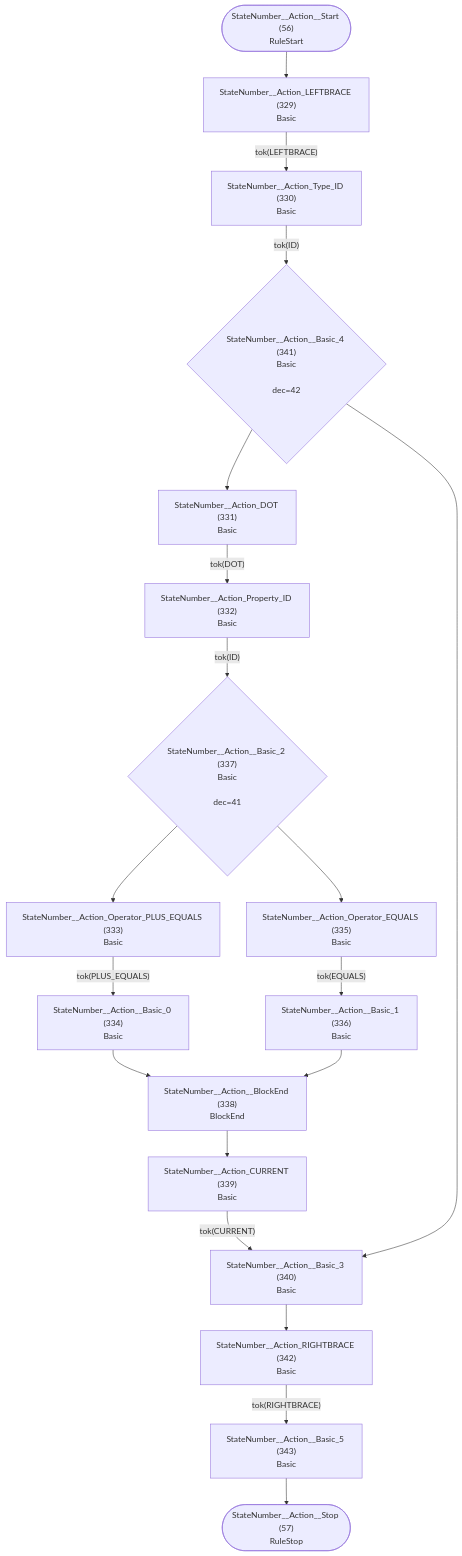
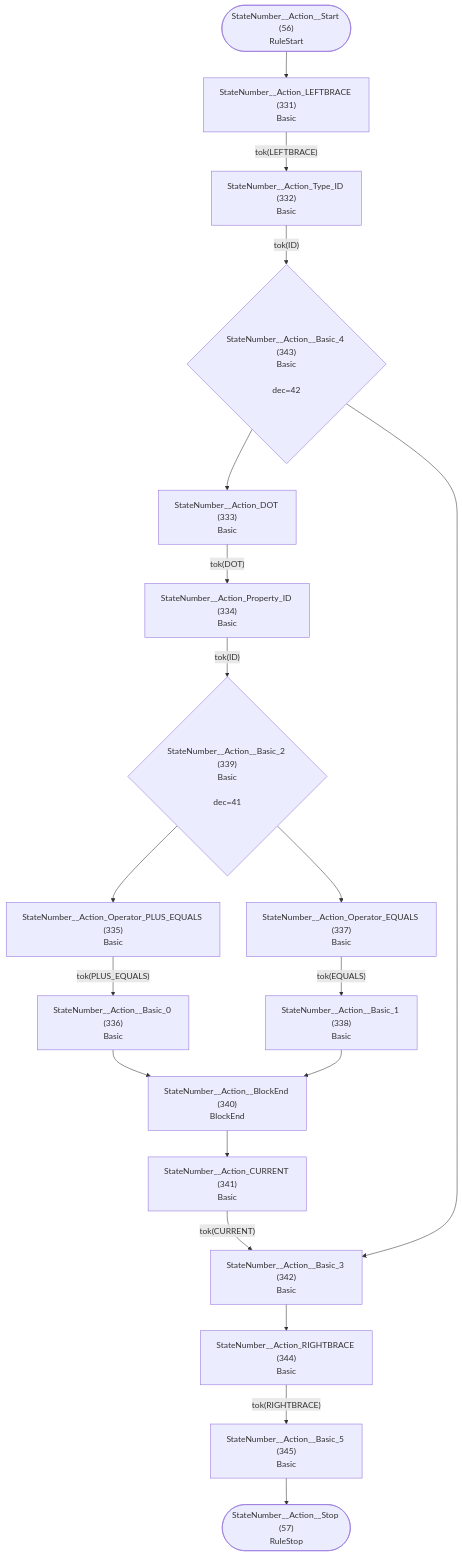
One commit to TypeFox/fastbelt changed diagram 29 of 33 in internal/grammar/atn.md. Above: the diagram before and after it, drawn with Mermaid. The commit also changed other lines of this file and 18 other files, not shown here.

````diff
--- a/internal/grammar/atn.md
+++ b/internal/grammar/atn.md
@@ -867,39 +872,39 @@
 ```mermaid
 flowchart TD
     q56(["StateNumber__Action__Start (56)<br/>RuleStart"])
     q57(["StateNumber__Action__Stop (57)<br/>RuleStop"])
-    q329["StateNumber__Action_LEFTBRACE (329)<br/>Basic<br/>"]
-    q330["StateNumber__Action_Type_ID (330)<br/>Basic<br/>"]
-    q331["StateNumber__Action_DOT (331)<br/>Basic<br/>"]
-    q332["StateNumber__Action_Property_ID (332)<br/>Basic<br/>"]
-    q333["StateNumber__Action_Operator_PLUS_EQUALS (333)<br/>Basic<br/>"]
-    q334["StateNumber__Action__Basic_0 (334)<br/>Basic<br/>"]
-    q335["StateNumber__Action_Operator_EQUALS (335)<br/>Basic<br/>"]
-    q336["StateNumber__Action__Basic_1 (336)<br/>Basic<br/>"]
-    q337{"StateNumber__Action__Basic_2 (337)<br/>Basic<br/><br/>dec=41"}
-    q338["StateNumber__Action__BlockEnd (338)<br/>BlockEnd<br/>"]
-    q339["StateNumber__Action_CURRENT (339)<br/>Basic<br/>"]
-    q340["StateNumber__Action__Basic_3 (340)<br/>Basic<br/>"]
-    q341{"StateNumber__Action__Basic_4 (341)<br/>Basic<br/><br/>dec=42"}
-    q342["StateNumber__Action_RIGHTBRACE (342)<br/>Basic<br/>"]
-    q343["StateNumber__Action__Basic_5 (343)<br/>Basic<br/>"]
+    q331["StateNumber__Action_LEFTBRACE (331)<br/>Basic<br/>"]
+    q332["StateNumber__Action_Type_ID (332)<br/>Basic<br/>"]
+    q333["StateNumber__Action_DOT (333)<br/>Basic<br/>"]
+    q334["StateNumber__Action_Property_ID (334)<br/>Basic<br/>"]
+    q335["StateNumber__Action_Operator_PLUS_EQUALS (335)<br/>Basic<br/>"]
+    q336["StateNumber__Action__Basic_0 (336)<br/>Basic<br/>"]
+    q337["StateNumber__Action_Operator_EQUALS (337)<br/>Basic<br/>"]
+    q338["StateNumber__Action__Basic_1 (338)<br/>Basic<br/>"]
+    q339{"StateNumber__Action__Basic_2 (339)<br/>Basic<br/><br/>dec=41"}
+    q340["StateNumber__Action__BlockEnd (340)<br/>BlockEnd<br/>"]
+    q341["StateNumber__Action_CURRENT (341)<br/>Basic<br/>"]
+    q342["StateNumber__Action__Basic_3 (342)<br/>Basic<br/>"]
+    q343{"StateNumber__Action__Basic_4 (343)<br/>Basic<br/><br/>dec=42"}
+    q344["StateNumber__Action_RIGHTBRACE (344)<br/>Basic<br/>"]
+    q345["StateNumber__Action__Basic_5 (345)<br/>Basic<br/>"]
 
-    q56 --> q329
-    q329 -->|"tok(LEFTBRACE)"| q330
-    q330 -->|"tok(ID)"| q341
-    q331 -->|"tok(DOT)"| q332
-    q332 -->|"tok(ID)"| q337
-    q333 -->|"tok(PLUS_EQUALS)"| q334
-    q334 --> q338
-    q335 -->|"tok(EQUALS)"| q336
-    q336 --> q338
-    q337 --> q333
-    q337 --> q335
-    q338 --> q339
-    q339 -->|"tok(CURRENT)"| q340
-    q340 --> q342
-    q341 --> q331
-    q341 --> q340
-    q342 -->|"tok(RIGHTBRACE)"| q343
-    q343 --> q57
+    q56 --> q331
+    q331 -->|"tok(LEFTBRACE)"| q332
+    q332 -->|"tok(ID)"| q343
+    q333 -->|"tok(DOT)"| q334
+    q334 -->|"tok(ID)"| q339
+    q335 -->|"tok(PLUS_EQUALS)"| q336
+    q336 --> q340
+    q337 -->|"tok(EQUALS)"| q338
+    q338 --> q340
+    q339 --> q335
+    q339 --> q337
+    q340 --> q341
+    q341 -->|"tok(CURRENT)"| q342
+    q342 --> q344
+    q343 --> q333
+    q343 --> q342
+    q344 -->|"tok(RIGHTBRACE)"| q345
+    q345 --> q57
 ```
````
